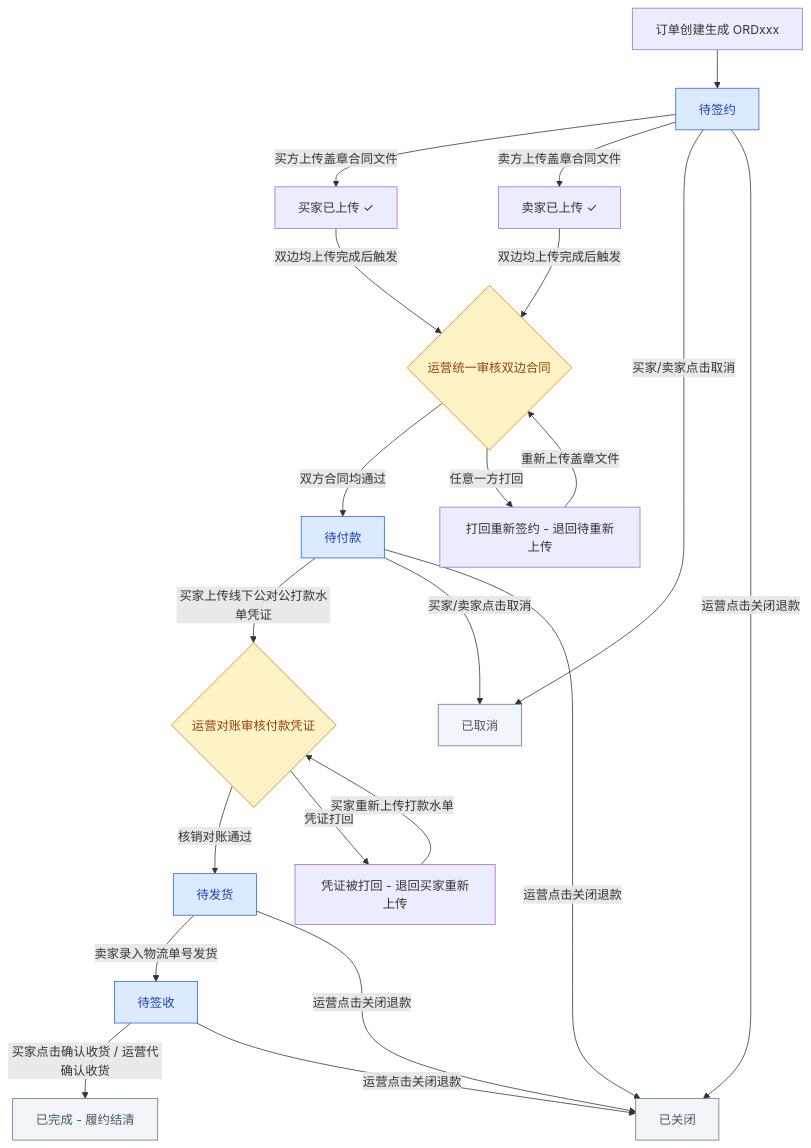
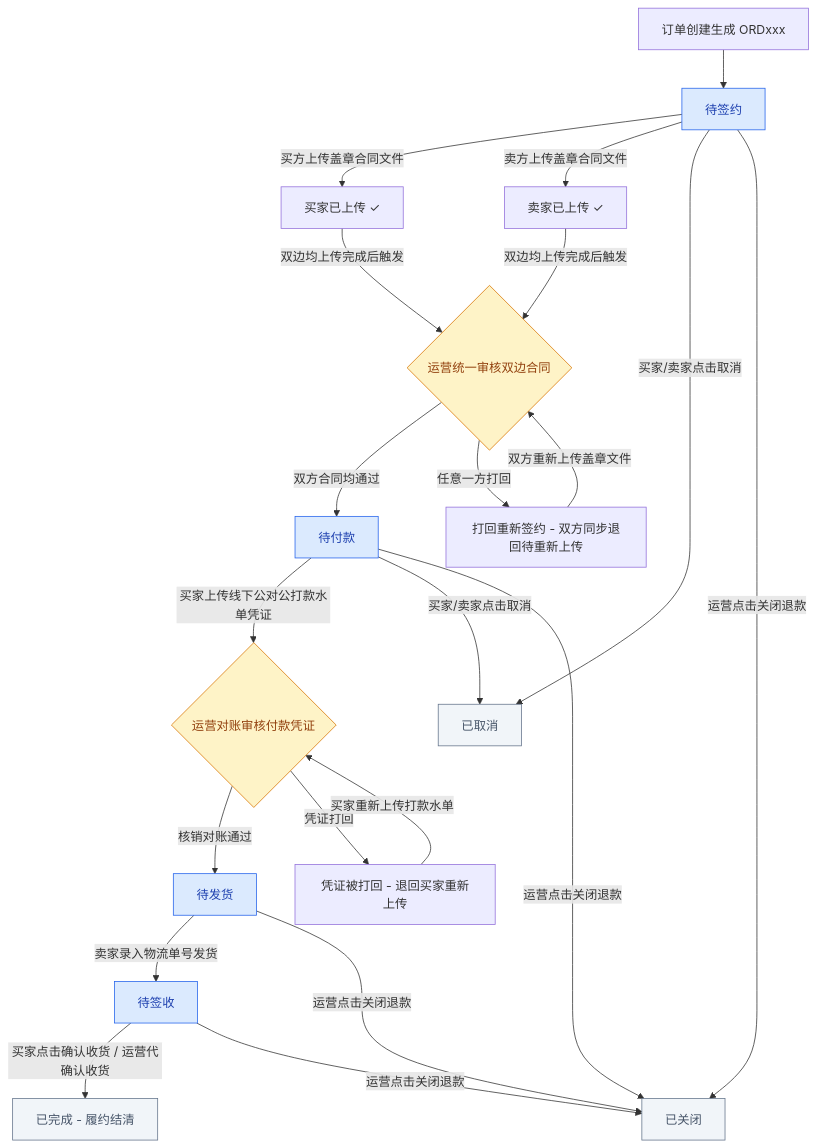
Before and after one commit to barry0-0/sahngliu: the third of 6 diagrams in Summary/字段表整理文档_完整版.md, drawn with Mermaid. The commit also changed other lines of this file and 7 other files, not shown here.

````diff
--- a/Summary/字段表整理文档_完整版.md
+++ b/Summary/字段表整理文档_完整版.md
@@ -186,32 +186,32 @@
 ```mermaid
 graph TB
     A[订单创建生成 ORDxxx] --> B[待签约]
     
     B -->|买方上传盖章合同文件| B1[买家已上传 ✓]
     B -->|卖方上传盖章合同文件| B2[卖家已上传 ✓]
     
     B1 & B2 -->|双边均上传完成后触发| C{运营统一审核双边合同}
     C -->|双方合同均通过| D[待付款]
-    C -->|任意一方打回| E[打回重新签约 - 退回待重新上传]
-    E -->|重新上传盖章文件| C
+    C -->|任意一方打回| E[打回重新签约 - 双方同步退回待重新上传]
+    E -->|双方重新上传盖章文件| C
     
     D -->|买家上传线下公对公打款水单凭证| F{运营对账审核付款凭证}
     F -->|核销对账通过| G[待发货]
     F -->|凭证打回| H[凭证被打回 - 退回买家重新上传]
     H -->|买家重新上传打款水单| F
     
     G -->|卖家录入物流单号发货| I[待签收]
     I -->|买家点击确认收货 / 运营代确认收货| J[已完成 - 履约结清]
     
     B & D -->|买家/卖家点击取消| K[已取消]
     B & D & G & I -->|运营点击关闭退款| L[已关闭]
     
     classDef state fill:#dbeafe,stroke:#2563eb,color:#1e40af
     classDef judge fill:#fef3c7,stroke:#d97706,color:#92400e
     classDef endState fill:#f1f5f9,stroke:#64748b,color:#475569
 
     class B,D,G,I state
     class J endState
     class K,L endState
     class C,F judge
 ```
````
